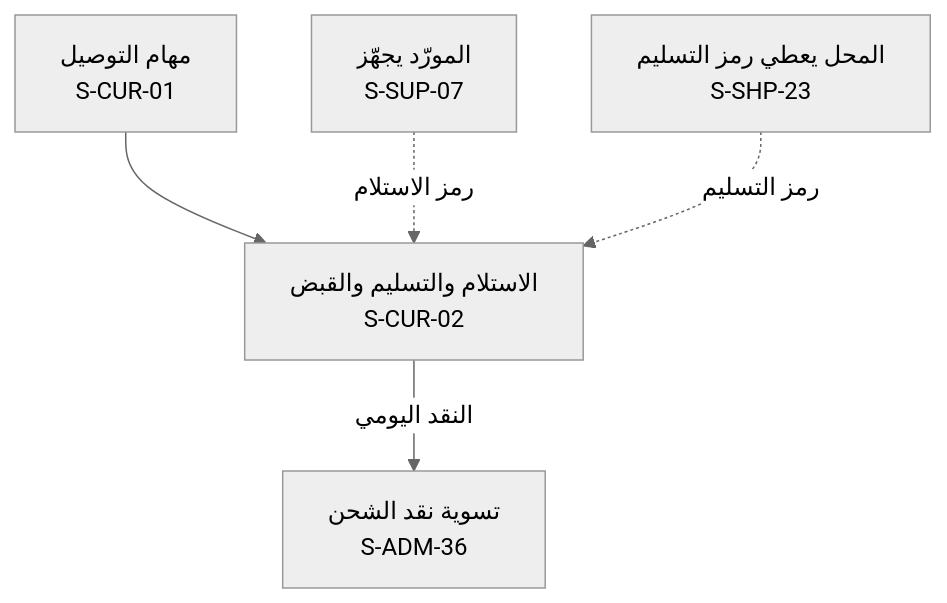
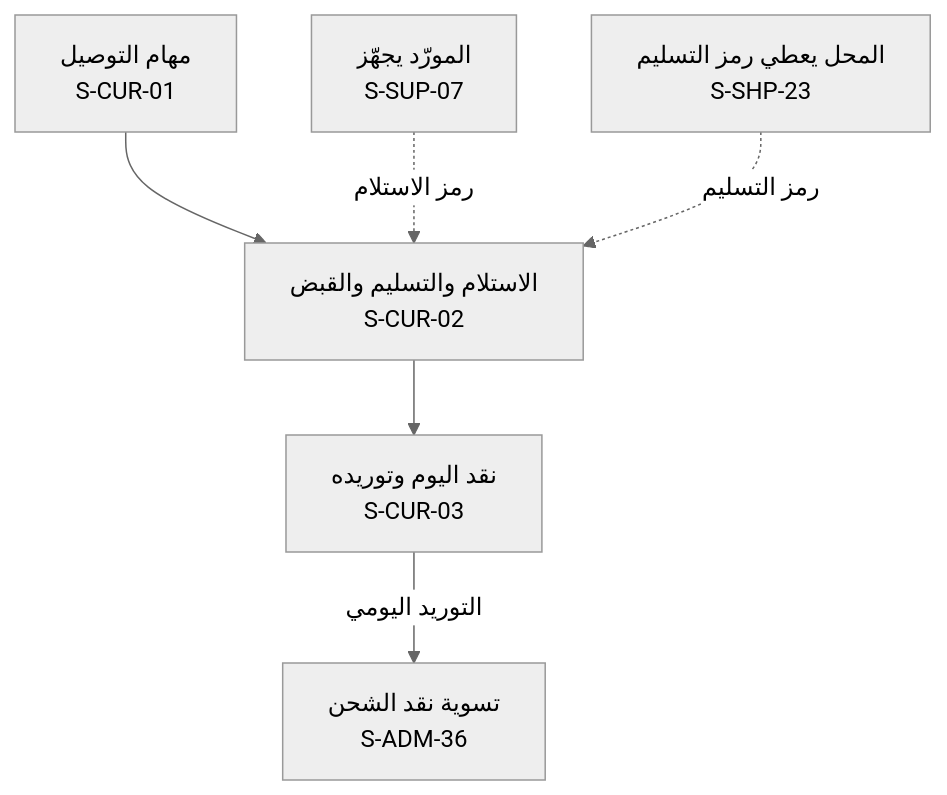
Diagram 11 of 19 in docs/18-screen-inventory.md (servacode/imei), drawn with Mermaid (neutral theme) before and after one commit. The commit also changed other lines of this file and 9 other files, not shown here.

````diff
--- a/docs/18-screen-inventory.md
+++ b/docs/18-screen-inventory.md
@@ -709,12 +717,13 @@
 ```mermaid
 flowchart TD
     S_SUP_07["المورّد يجهّز<br/>S-SUP-07"]
     S_CUR_01["مهام التوصيل<br/>S-CUR-01"]
     S_CUR_02["الاستلام والتسليم والقبض<br/>S-CUR-02"]
+    S_CUR_03["نقد اليوم وتوريده<br/>S-CUR-03"]
     S_SHP_23["المحل يعطي رمز التسليم<br/>S-SHP-23"]
     S_ADM_36["تسوية نقد الشحن<br/>S-ADM-36"]
     S_CUR_01 --> S_CUR_02
     S_SUP_07 -. "رمز الاستلام" .-> S_CUR_02
     S_SHP_23 -. "رمز التسليم" .-> S_CUR_02
-    S_CUR_02 -- "النقد اليومي" --> S_ADM_36
+    S_CUR_02 --> S_CUR_03 -- "التوريد اليومي" --> S_ADM_36
 ```
````
